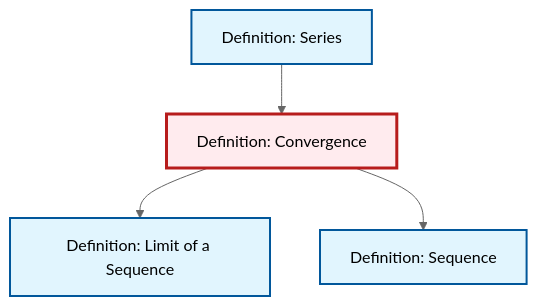
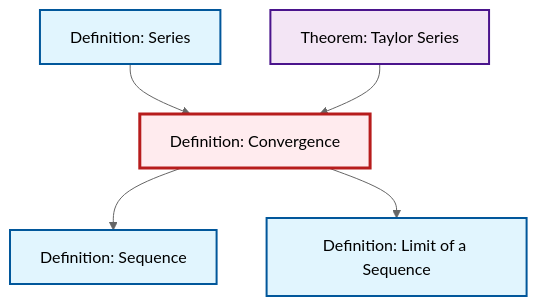
One commit to RK0429/ModernMath changed the diagram in content/en/analysis/def-convergence.qmd. Above: the diagram before and after it, drawn with Mermaid (neutral theme). The commit also changed 497 other files, not shown here.

````diff
--- a/content/en/analysis/def-convergence.qmd
+++ b/content/en/analysis/def-convergence.qmd
@@ -76,20 +76,23 @@
 ```{mermaid}
 %%| fig-cap: "Local dependency graph"
 graph TD
     classDef definition fill:#e1f5fe,stroke:#01579b,stroke-width:2px
     classDef theorem fill:#f3e5f5,stroke:#4a148c,stroke-width:2px
     classDef axiom fill:#fff3e0,stroke:#e65100,stroke-width:2px
     classDef example fill:#e8f5e9,stroke:#1b5e20,stroke-width:2px
     classDef current fill:#ffebee,stroke:#b71c1c,stroke-width:3px
+    def-limit["Definition: Limit of a Sequence"]:::definition
+    def-series["Definition: Series"]:::definition
     def-convergence["Definition: Convergence"]:::definition
-    def-series["Definition: Series"]:::definition
     def-sequence["Definition: Sequence"]:::definition
-    def-limit["Definition: Limit of a Sequence"]:::definition
+    thm-taylor-series["Theorem: Taylor Series"]:::theorem
+    def-convergence --> def-sequence
+    def-series --> def-convergence
+    thm-taylor-series --> def-convergence
     def-convergence --> def-limit
-    def-series --> def-convergence
-    def-convergence --> def-sequence
     class def-convergence current
+    click def-limit "def-limit.html" "Go to Limit of a Sequence definition"
     click def-series "def-series.html" "Go to Series definition"
     click def-sequence "def-sequence.html" "Go to Sequence definition"
-    click def-limit "def-limit.html" "Go to Limit of a Sequence definition"
+    click thm-taylor-series "thm-taylor-series.html" "Go to Taylor Series theorem"
 ```
````
